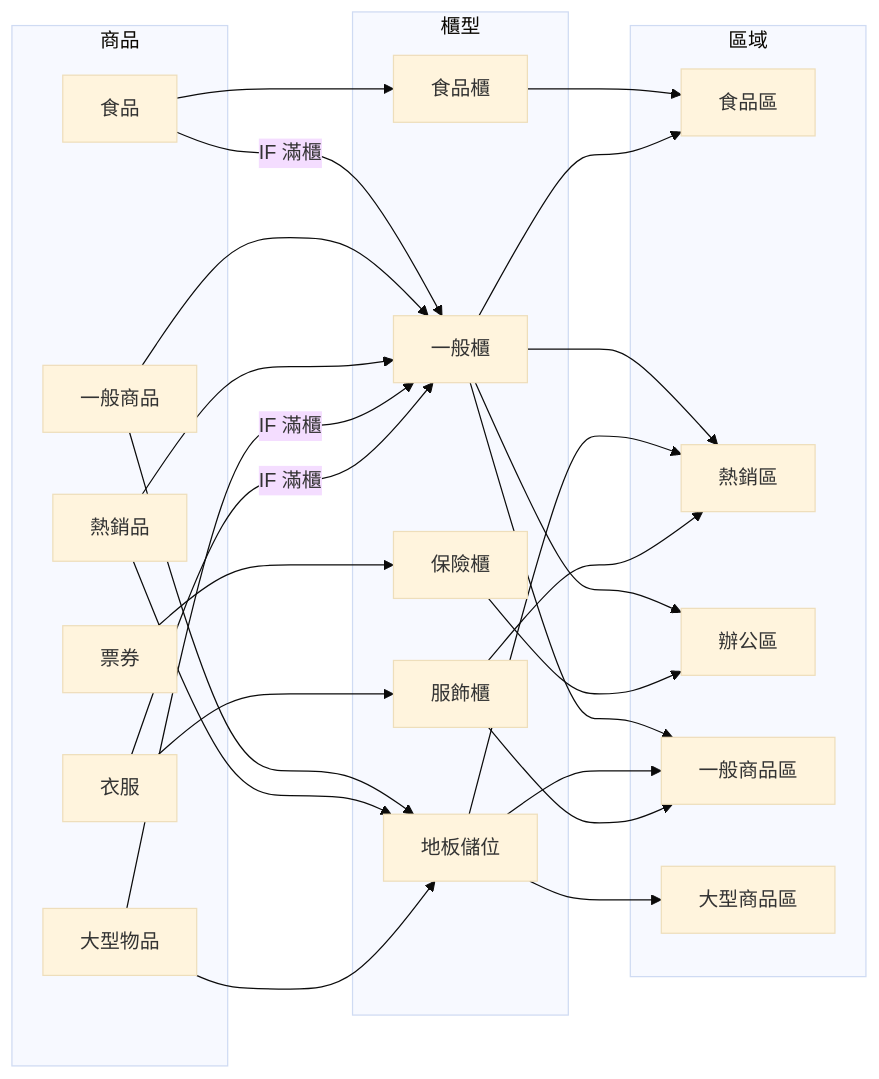
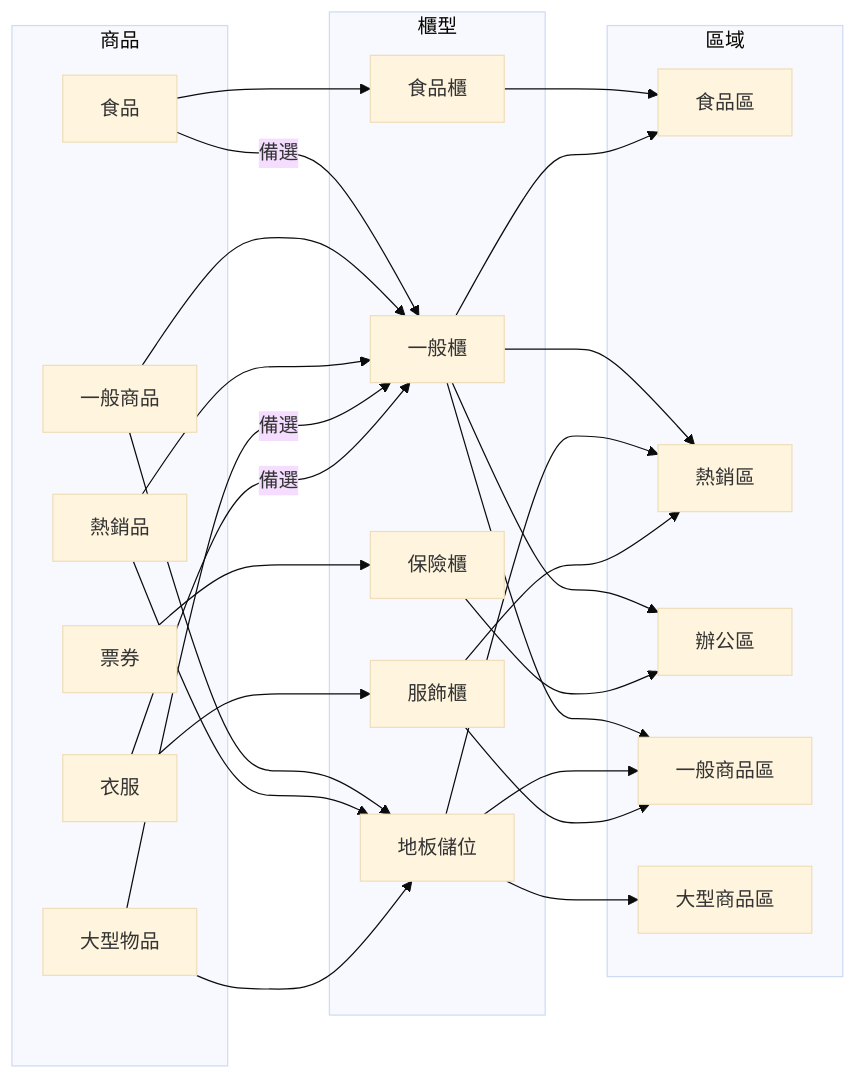
The second of 2 diagrams in content/posts/2026-02-20-self-describing-modules.md (qadk/qadk.github.io), drawn with Mermaid (base theme) before and after one commit. The commit also changed other lines of this file, not shown here.

````diff
--- a/content/posts/2026-02-20-self-describing-modules.md
+++ b/content/posts/2026-02-20-self-describing-modules.md
@@ -62,51 +61,51 @@
 ```mermaid
 graph LR
     subgraph 商品
         P1[食品]
         P4[一般商品]
         P5[熱銷品]
         P7[大型物品]
         P9[票券]
         P10[衣服]
     end
 
     subgraph 櫃型
         S1[食品櫃]
         S2[一般櫃]
         S3[保險櫃]
         S4[地板儲位]
         S5[服飾櫃]
     end
 
     subgraph 區域
         Z1[食品區]
         Z2[熱銷區]
         Z3[辦公區]
         Z4[一般商品區]
         Z5[大型商品區]
     end
 
     P1 --> S1
-    P1 -->|IF 滿櫃| S2
+    P1 -->|備選| S2
     P4 --> S2
     P4 --> S4
     P5 --> S2
     P5 --> S4
     P7 --> S4
-    P7 -->|IF 滿櫃| S2
+    P7 -->|備選| S2
     P9 --> S3
     P10 --> S5
-    P10 -->|IF 滿櫃| S2
+    P10 -->|備選| S2
 
     S1 --> Z1
     S2 --> Z1
     S2 --> Z2
     S2 --> Z3
     S2 --> Z4
     S3 --> Z3
     S4 --> Z2
     S4 --> Z4
     S4 --> Z5
     S5 --> Z4
     S5 --> Z2
 ```
````
